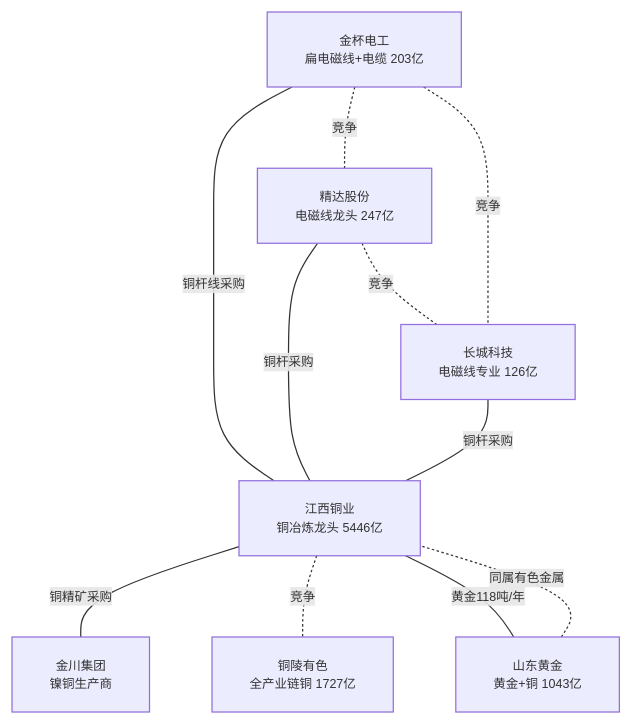
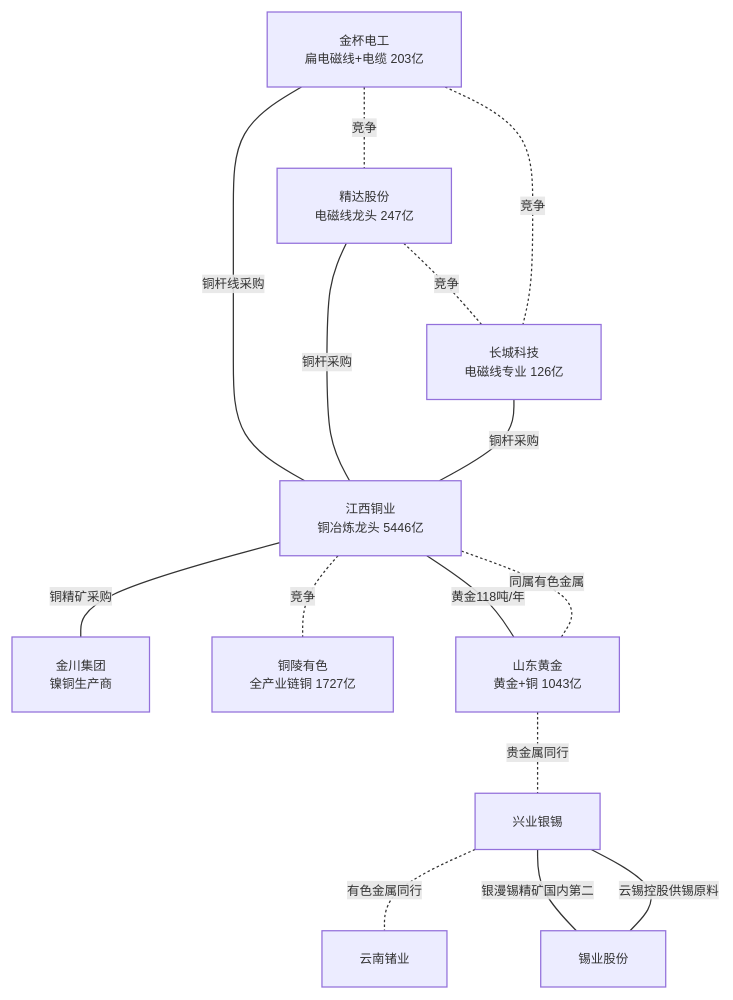
One commit to zhangbo1882/open-industry changed the seventh of 8 diagrams in industry/wiki/syntheses/公司关联图谱.md. Above: the diagram before and after it, drawn with Mermaid. The commit also changed other lines of this file and 16 other files, not shown here.

First line of the commit message:
ingest 兴业银锡+锡业股份2025年报 + lint修复：新增88家公司，有色金属扩展至6家

````diff
--- a/industry/wiki/syntheses/公司关联图谱.md
+++ b/industry/wiki/syntheses/公司关联图谱.md
@@ -404,24 +406,28 @@
 ```mermaid
 %%{init: {'themeVariables': {'fontSize': '10px'}}}%%
 graph TB
     江西铜业[江西铜业<br/>铜冶炼龙头 5446亿]
     铜陵有色[铜陵有色<br/>全产业链铜 1727亿]
     金杯电工[金杯电工<br/>扁电磁线+电缆 203亿]
     精达股份[精达股份<br/>电磁线龙头 247亿]
     长城科技[长城科技<br/>电磁线专业 126亿]
     山东黄金[山东黄金<br/>黄金+铜 1043亿]
     金川集团[金川集团<br/>镍铜生产商]
     金杯电工 ---|铜杆线采购| 江西铜业
     精达股份 ---|铜杆采购| 江西铜业
     长城科技 ---|铜杆采购| 江西铜业
     江西铜业 ---|铜精矿采购| 金川集团
     江西铜业 -.-|竞争| 铜陵有色
     金杯电工 -.-|竞争| 精达股份
     金杯电工 -.-|竞争| 长城科技
     精达股份 -.-|竞争| 长城科技
     江西铜业 ---|黄金118吨/年| 山东黄金
     山东黄金 -.-|同属有色金属| 江西铜业
+    山东黄金 -.-|贵金属同行| 兴业银锡
+    兴业银锡 -.-|有色金属同行| 云南锗业
+    兴业银锡 ---|银漫锡精矿国内第二| 锡业股份
+    锡业股份 ---|云锡控股供锡原料| 兴业银锡
 
     classDef business fill:#4dabf7,color:#fff,stroke:#1971c2
     classDef competition fill:#ffd43b,color:#333,stroke:#fab005
 ```
````
